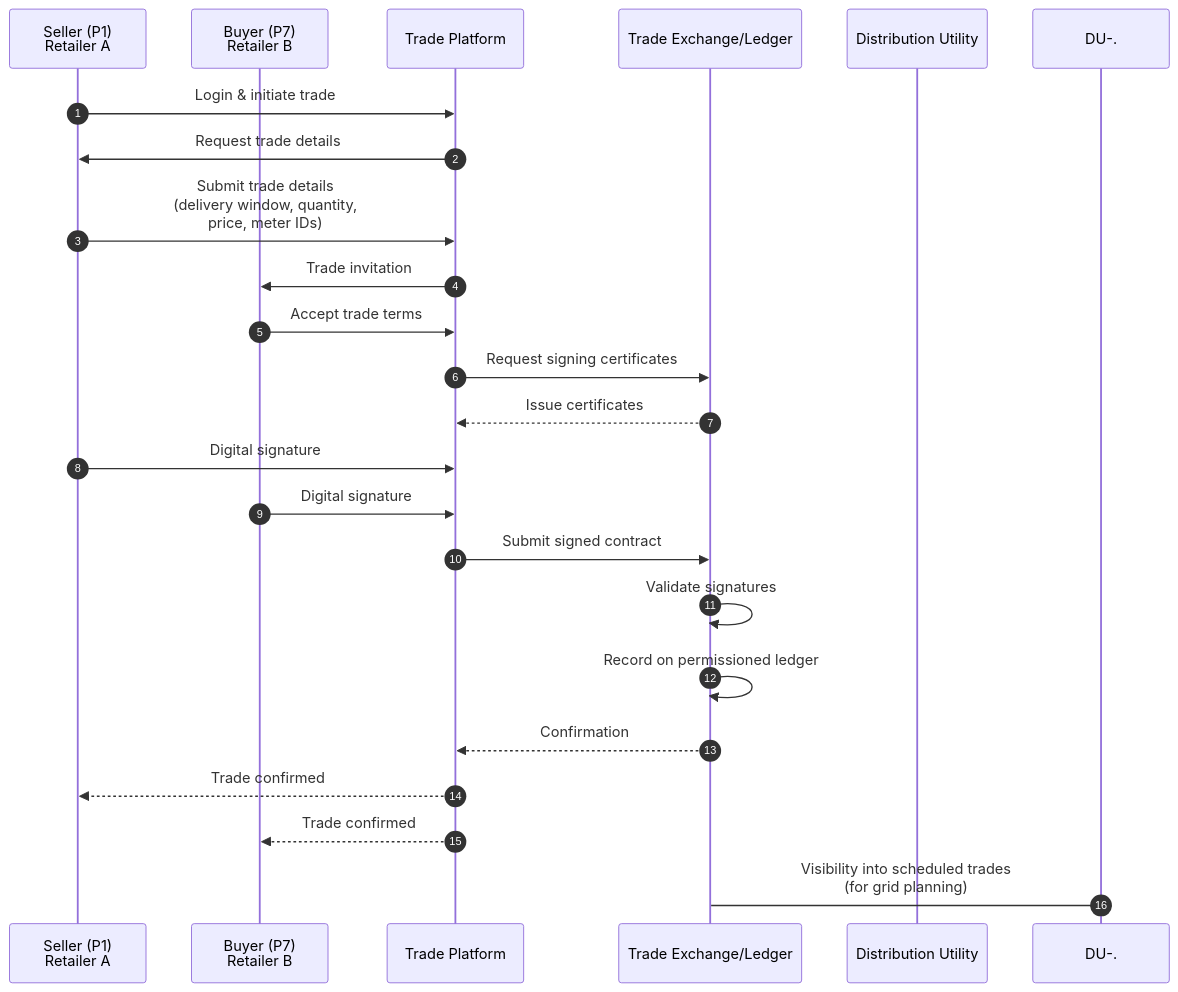
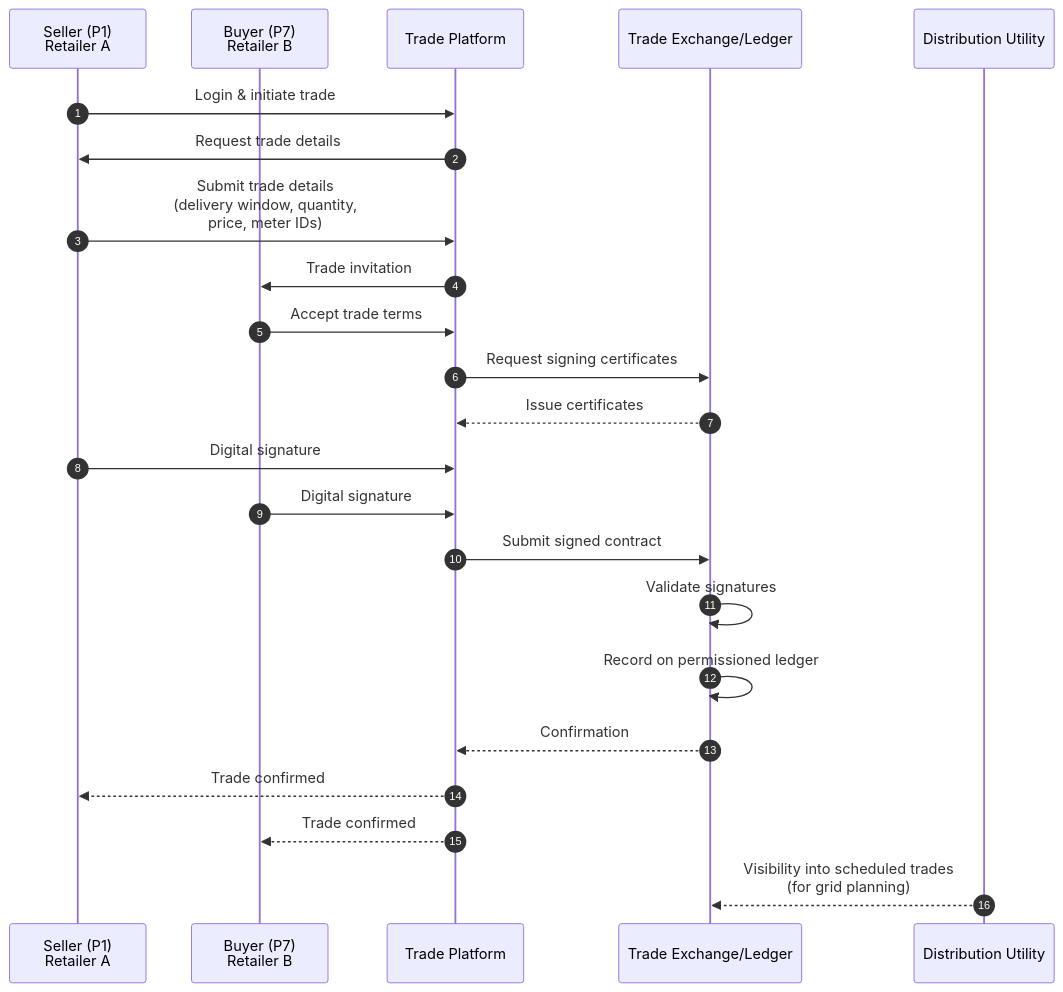
Before and after one commit to Beckn-One/DEG: the second of 12 diagrams in docs/implementation-guides/v2/P2P_Trading/Inter_energy_retailer_P2P_trading_draft.md, drawn with Mermaid. The commit also changed other lines of this file, not shown here.

````diff
--- a/docs/implementation-guides/v2/P2P_Trading/Inter_energy_retailer_P2P_trading_draft.md
+++ b/docs/implementation-guides/v2/P2P_Trading/Inter_energy_retailer_P2P_trading_draft.md
@@ -132,30 +132,30 @@
 ```mermaid
 sequenceDiagram
     autonumber
     participant S as Seller (P1)<br/>Retailer A
     participant B as Buyer (P7)<br/>Retailer B
     participant TP as Trade Platform
     participant TE as Trade Exchange/Ledger
     participant DU as Distribution Utility
 
     S->>TP: Login & initiate trade
     TP->>S: Request trade details
     S->>TP: Submit trade details<br/>(delivery window, quantity,<br/>price, meter IDs)
     TP->>B: Trade invitation
     B->>TP: Accept trade terms
 
     TP->>TE: Request signing certificates
     TE-->>TP: Issue certificates
 
     S->>TP: Digital signature
     B->>TP: Digital signature
     TP->>TE: Submit signed contract
 
     TE->>TE: Validate signatures
     TE->>TE: Record on permissioned ledger
     TE-->>TP: Confirmation
     TP-->>S: Trade confirmed
     TP-->>B: Trade confirmed
 
-    DU-.->TE: Visibility into scheduled trades<br/>(for grid planning)
+    DU-->>TE: Visibility into scheduled trades<br/>(for grid planning)
 ```
````
